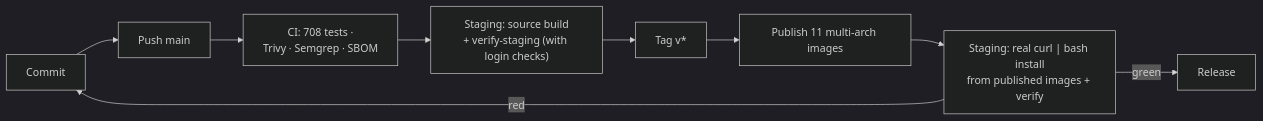
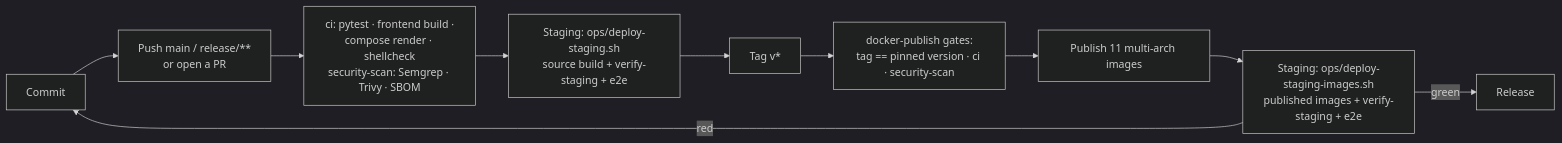
The tenth of 10 diagrams in docs/ARCHITECTURE.md (karthick-dkk/SeyalRun), drawn with Mermaid (dark theme) before and after one commit. The commit also changed other lines of this file and 9 other files, not shown here.

````diff
--- a/docs/ARCHITECTURE.md
+++ b/docs/ARCHITECTURE.md
@@ -409,11 +409,12 @@
 ```mermaid
 flowchart LR
-    C["Commit"] --> P["Push main"]
-    P --> CI["CI: 708 tests ·<br/>Trivy · Semgrep · SBOM"]
-    CI --> S1["Staging: source build<br/>+ verify-staging (with login checks)"]
+    C["Commit"] --> P["Push main / release/**<br/>or open a PR"]
+    P --> CI["ci: pytest · frontend build ·<br/>compose render · shellcheck<br/>security-scan: Semgrep · Trivy · SBOM"]
+    CI --> S1["Staging: ops/deploy-staging.sh<br/>source build + verify-staging + e2e"]
     S1 --> T["Tag v*"]
-    T --> IMG["Publish 11 multi-arch images"]
-    IMG --> S2["Staging: real curl | bash install<br/>from published images + verify"]
+    T --> G["docker-publish gates:<br/>tag == pinned version · ci · security-scan"]
+    G --> IMG["Publish 11 multi-arch images"]
+    IMG --> S2["Staging: ops/deploy-staging-images.sh<br/>published images + verify-staging + e2e"]
     S2 -->|green| REL["Release"]
     S2 -->|red| C
 ```
````
